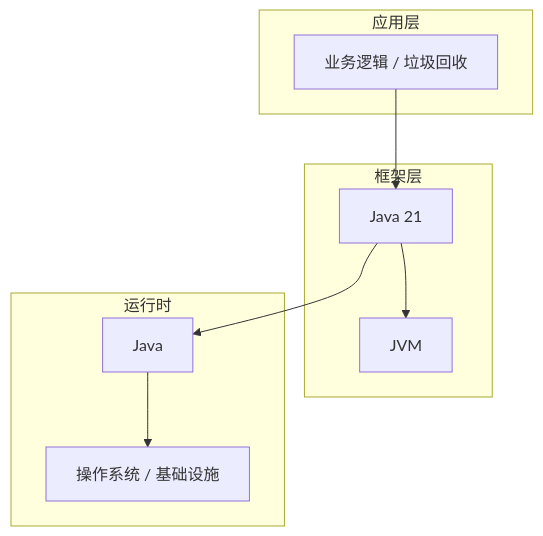
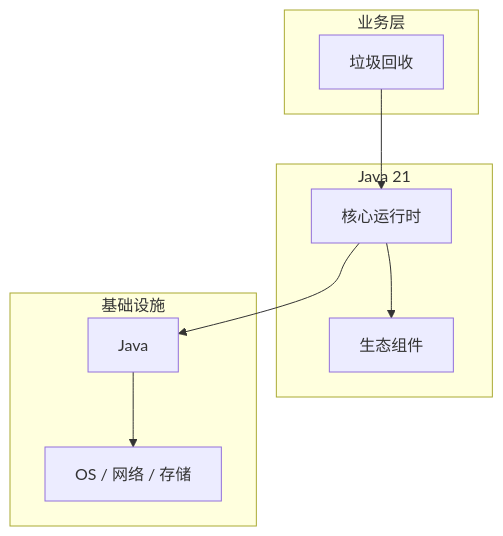
One commit to yanggan2015/knowledge-json-v2 changed the diagram in articles/Java核心/chapters/101-垃圾回收核心概念与原理.md. Above: the diagram before and after it, drawn with Mermaid. The commit also changed other lines of this file and 10127 other files, not shown here.

````diff
--- a/articles/Java核心/chapters/101-垃圾回收核心概念与原理.md
+++ b/articles/Java核心/chapters/101-垃圾回收核心概念与原理.md
@@ -45,18 +34,18 @@
 ```mermaid
 graph TB
-    subgraph 应用层
-        A[业务逻辑 / 垃圾回收]
+    subgraph 业务层
+        A[垃圾回收]
     end
-    subgraph 框架层
-        B[Java 21]
-        C[JVM]
+    subgraph Java 21
+        B[核心运行时]
+        C[生态组件]
     end
-    subgraph 运行时
+    subgraph 基础设施
         D[Java]
-        E[操作系统 / 基础设施]
+        E[OS / 网络 / 存储]
     end
     A --> B
     B --> C
     B --> D
     D --> E
 ```
````
